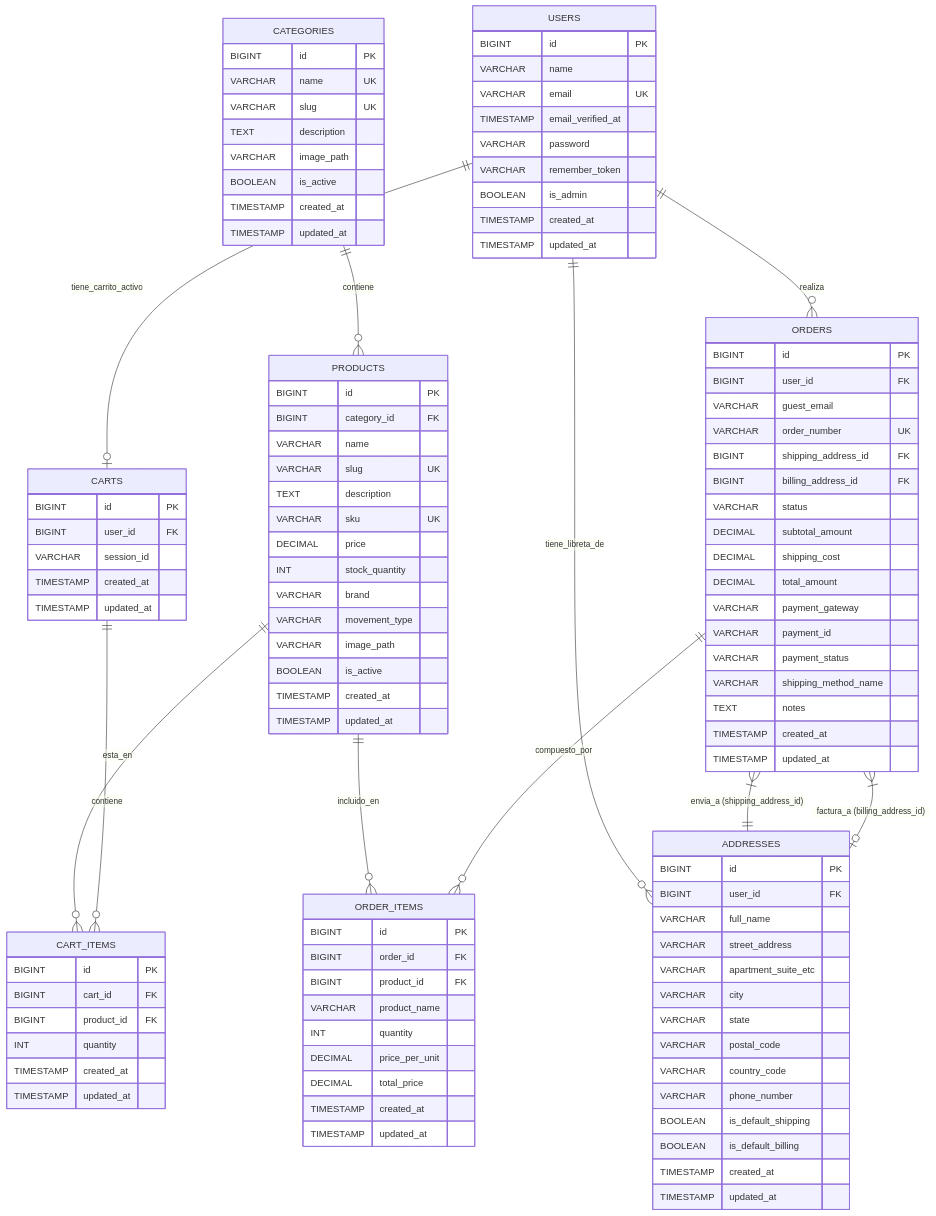
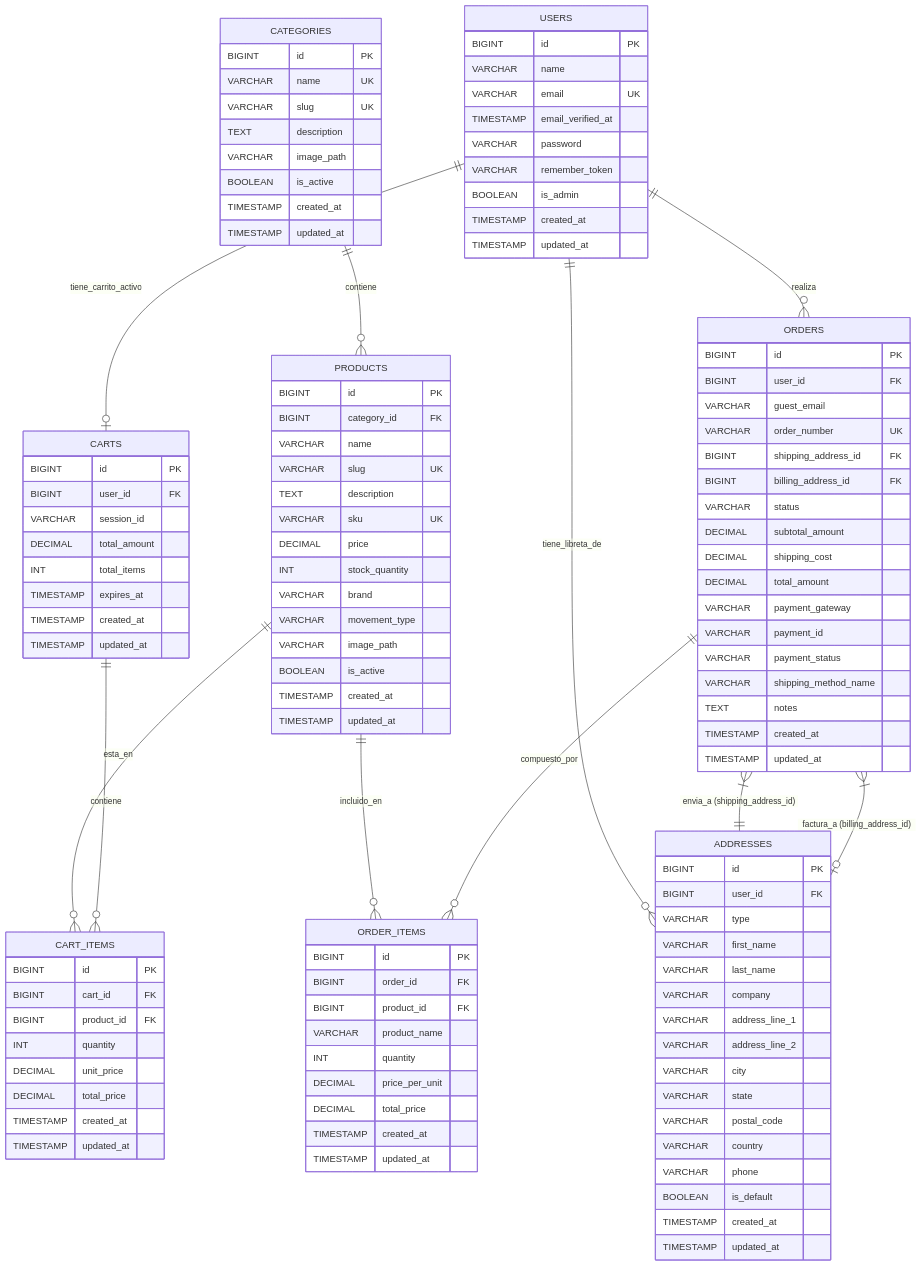
One commit to earhackerdem/cronosMaticStore changed the diagram in docs/architecture/data-model.md. Above: the diagram before and after it, drawn with Mermaid. The commit also changed other lines of this file, not shown here.

```diff
--- a/docs/architecture/data-model.md
+++ b/docs/architecture/data-model.md
@@ -225,6 +234,9 @@
         BIGINT id PK
         BIGINT user_id FK
         VARCHAR session_id
+        DECIMAL total_amount
+        INT total_items
+        TIMESTAMP expires_at
         TIMESTAMP created_at
         TIMESTAMP updated_at
     }
@@ -234,6 +246,8 @@
         BIGINT cart_id FK
         BIGINT product_id FK
         INT quantity
+        DECIMAL unit_price
+        DECIMAL total_price
         TIMESTAMP created_at
         TIMESTAMP updated_at
     }
@@ -241,16 +255,18 @@
     ADDRESSES {
         BIGINT id PK
         BIGINT user_id FK
-        VARCHAR full_name
-        VARCHAR street_address
-        VARCHAR apartment_suite_etc
+        VARCHAR type
+        VARCHAR first_name
+        VARCHAR last_name
+        VARCHAR company
+        VARCHAR address_line_1
+        VARCHAR address_line_2
         VARCHAR city
         VARCHAR state
         VARCHAR postal_code
-        VARCHAR country_code
-        VARCHAR phone_number
-        BOOLEAN is_default_shipping
-        BOOLEAN is_default_billing
+        VARCHAR country
+        VARCHAR phone
+        BOOLEAN is_default
         TIMESTAMP created_at
         TIMESTAMP updated_at
     }
```
